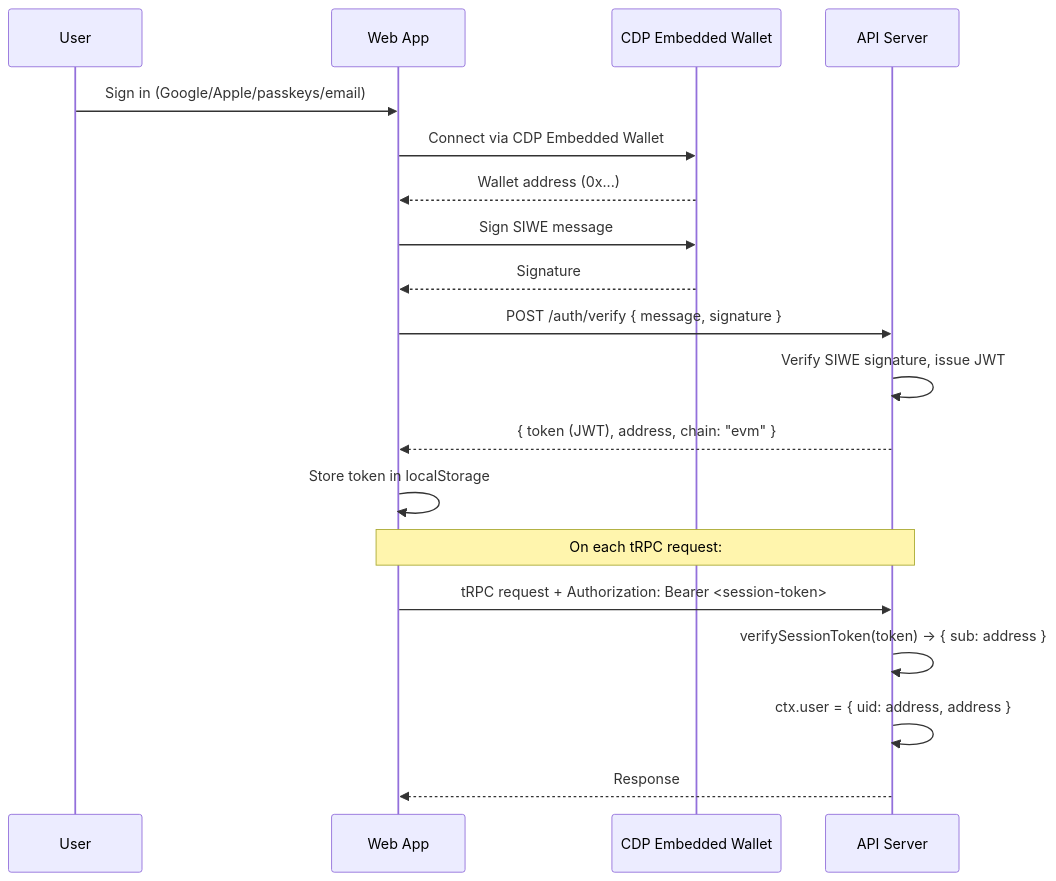
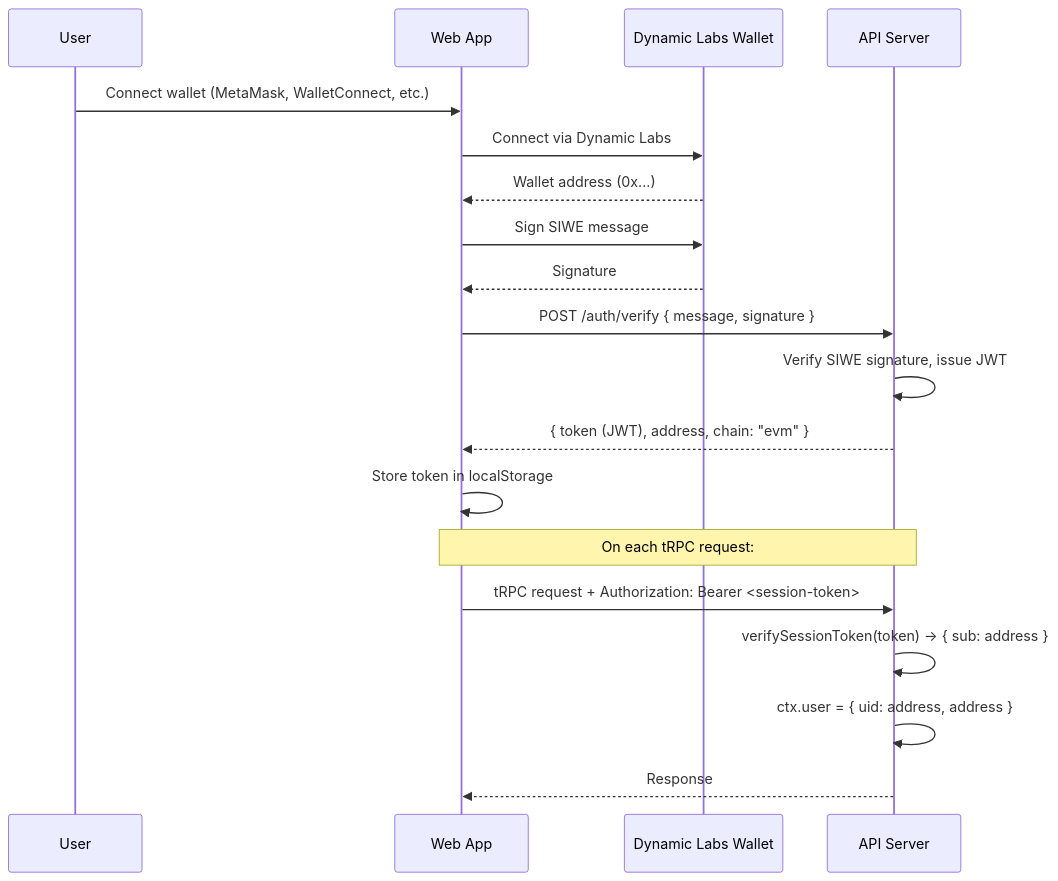
One commit to EcosystemNetwork/loar changed the second of 2 diagrams in docs/architecture.md. Above: the diagram before and after it, drawn with Mermaid. The commit also changed other lines of this file and 90 other files, not shown here.

````diff
--- a/docs/architecture.md
+++ b/docs/architecture.md
@@ -63,24 +63,24 @@
 ```mermaid
 sequenceDiagram
     participant User
     participant Web as Web App
-    participant Wallet as CDP Embedded Wallet
+    participant Wallet as Dynamic Labs Wallet
     participant Server as API Server
 
-    User->>Web: Sign in (Google/Apple/passkeys/email)
-    Web->>Wallet: Connect via CDP Embedded Wallet
+    User->>Web: Connect wallet (MetaMask, WalletConnect, etc.)
+    Web->>Wallet: Connect via Dynamic Labs
     Wallet-->>Web: Wallet address (0x...)
     Web->>Wallet: Sign SIWE message
     Wallet-->>Web: Signature
 
     Web->>Server: POST /auth/verify { message, signature }
     Server->>Server: Verify SIWE signature, issue JWT
     Server-->>Web: { token (JWT), address, chain: "evm" }
     Web->>Web: Store token in localStorage
 
     Note over Web,Server: On each tRPC request:
     Web->>Server: tRPC request + Authorization: Bearer <session-token>
     Server->>Server: verifySessionToken(token) → { sub: address }
     Server->>Server: ctx.user = { uid: address, address }
     Server-->>Web: Response
 ```
````
